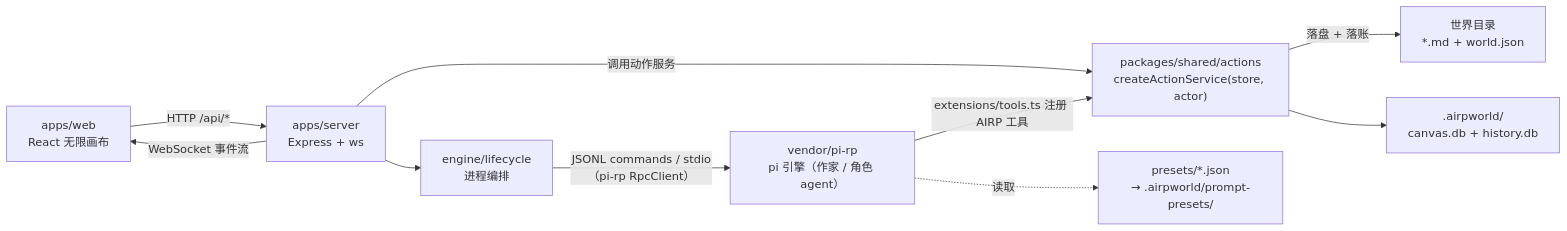
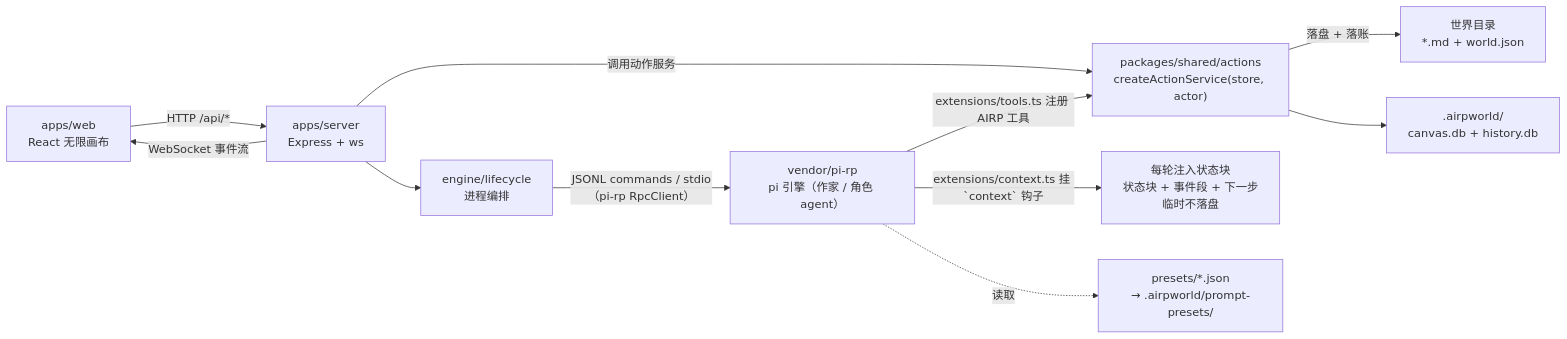
The diagram in AGENTS.md (LudicDynamics/hackathon), drawn with Mermaid before and after one commit. The commit also changed other lines of this file and 10 other files, not shown here.

````diff
--- a/AGENTS.md
+++ b/AGENTS.md
@@ -93,12 +97,13 @@
 ```mermaid
 graph LR
   W["apps/web<br/>React 无限画布"] -->|"HTTP /api/*"| S["apps/server<br/>Express + ws"]
   S -->|"WebSocket 事件流"| W
   S -->|"调用动作服务"| A["packages/shared/actions<br/>createActionService(store, actor)"]
   S --> L["engine/lifecycle<br/>进程编排"]
   L -->|"JSONL commands / stdio（pi-rp RpcClient）"| P["vendor/pi-rp<br/>pi 引擎（作家 / 角色 agent）"]
   P -->|"extensions/tools.ts 注册 AIRP 工具"| A
+  P -->|"extensions/context.ts 挂 `context` 钩子"| SB["每轮注入状态块<br/>状态块 + 事件段 + 下一步<br/>临时不落盘"]
   A -->|"落盘 + 落账"| FS["世界目录<br/>*.md + world.json"]
   A --> DB[".airpworld/<br/>canvas.db + history.db"]
   P -.->|"读取"| PR["presets/*.json<br/>→ .airpworld/prompt-presets/"]
 ```
````
